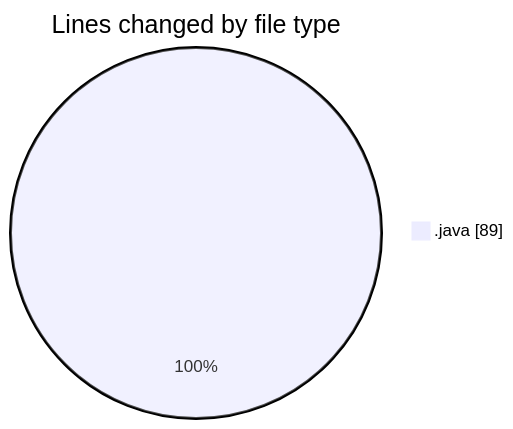
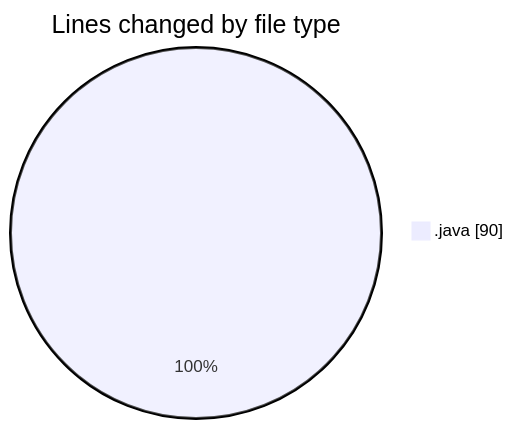
The first of 2 diagrams in 2025-02-05/coding_prac/README.md (NitaiMahat/code-tracking), drawn with Mermaid before and after one commit. The commit also changed other lines of this file and 1 other file, not shown here.

````diff
--- a/2025-02-05/coding_prac/README.md
+++ b/2025-02-05/coding_prac/README.md
@@ -24,5 +24,5 @@
 ```mermaid
 pie showData
 title Lines changed by file type
-".java" : 89
+".java" : 90
 ```
````
